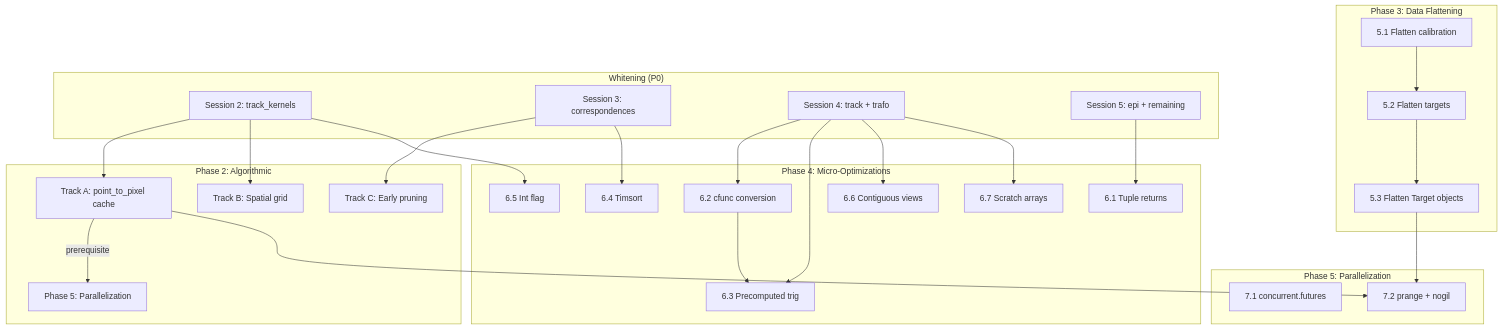
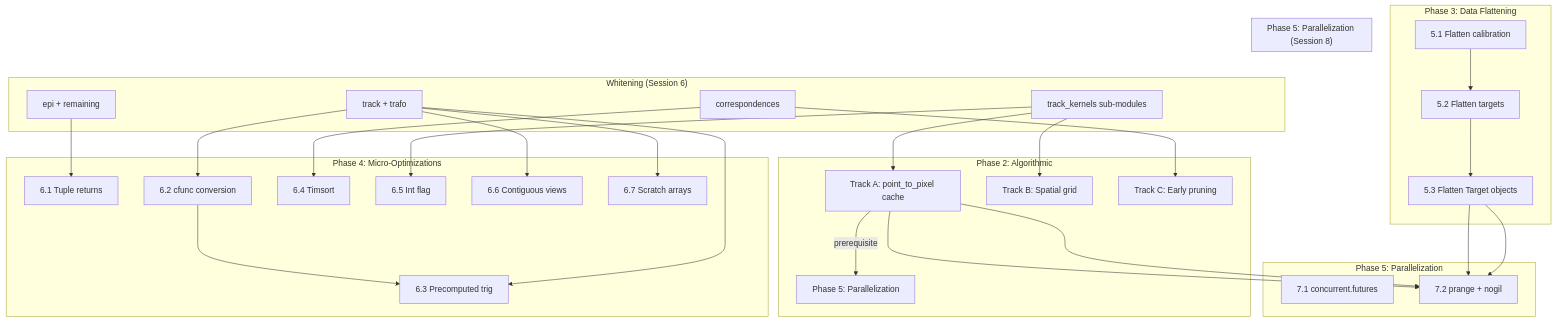
One commit to alexlib/openptv2 changed the diagram in optimization_plan.md. Above: the diagram before and after it, drawn with Mermaid. The commit also changed other lines of this file and 16 other files, not shown here.

````diff
--- a/optimization_plan.md
+++ b/optimization_plan.md
@@ -696,46 +909,53 @@
 ```mermaid
 graph TD
     subgraph "Phase 2: Algorithmic"
         A["Track A: point_to_pixel cache"] -->|prerequisite| P5["Phase 5: Parallelization"]
         B["Track B: Spatial grid"]
         C["Track C: Early pruning"]
     end
 
     subgraph "Phase 3: Data Flattening"
         F1["5.1 Flatten calibration"]
         F2["5.2 Flatten targets"]
         F3["5.3 Flatten Target objects"]
         F1 --> F2
         F2 --> F3
     end
 
     subgraph "Phase 4: Micro-Optimizations"
         M1["6.1 Tuple returns"]
         M2["6.2 cfunc conversion"]
         M3["6.3 Precomputed trig"]
         M4["6.4 Timsort"]
         M5["6.5 Int flag"]
         M6["6.6 Contiguous views"]
         M7["6.7 Scratch arrays"]
         M2 --> M3
     end
 
     subgraph "Phase 5: Parallelization"
         P1["7.1 concurrent.futures"]
         P2["7.2 prange + nogil"]
         F3 --> P2
         A --> P2
     end
 
-    subgraph "Whitening (P0)"
-        W1["Session 2: track_kernels"]
-        W2["Session 3: correspondences"]
-        W3["Session 4: track + trafo"]
-        W4["Session 5: epi + remaining"]
+    subgraph "Whitening (Session 6)"
+        W1["track_kernels sub-modules"]
+        W2["correspondences"]
+        W3["track + trafo"]
+        W4["epi + remaining"]
+    end
+
+    subgraph "Phase 5: Parallelization (Session 8)"
+        P1["7.1 concurrent.futures"]
+        P2["7.2 prange + nogil"]
+        F3 --> P2
+        A --> P2
     end
 
     W1 --> A & B & M5
     W2 --> C & M4
     W3 --> M2 & M3 & M6 & M7
     W4 --> M1
 ```
````
